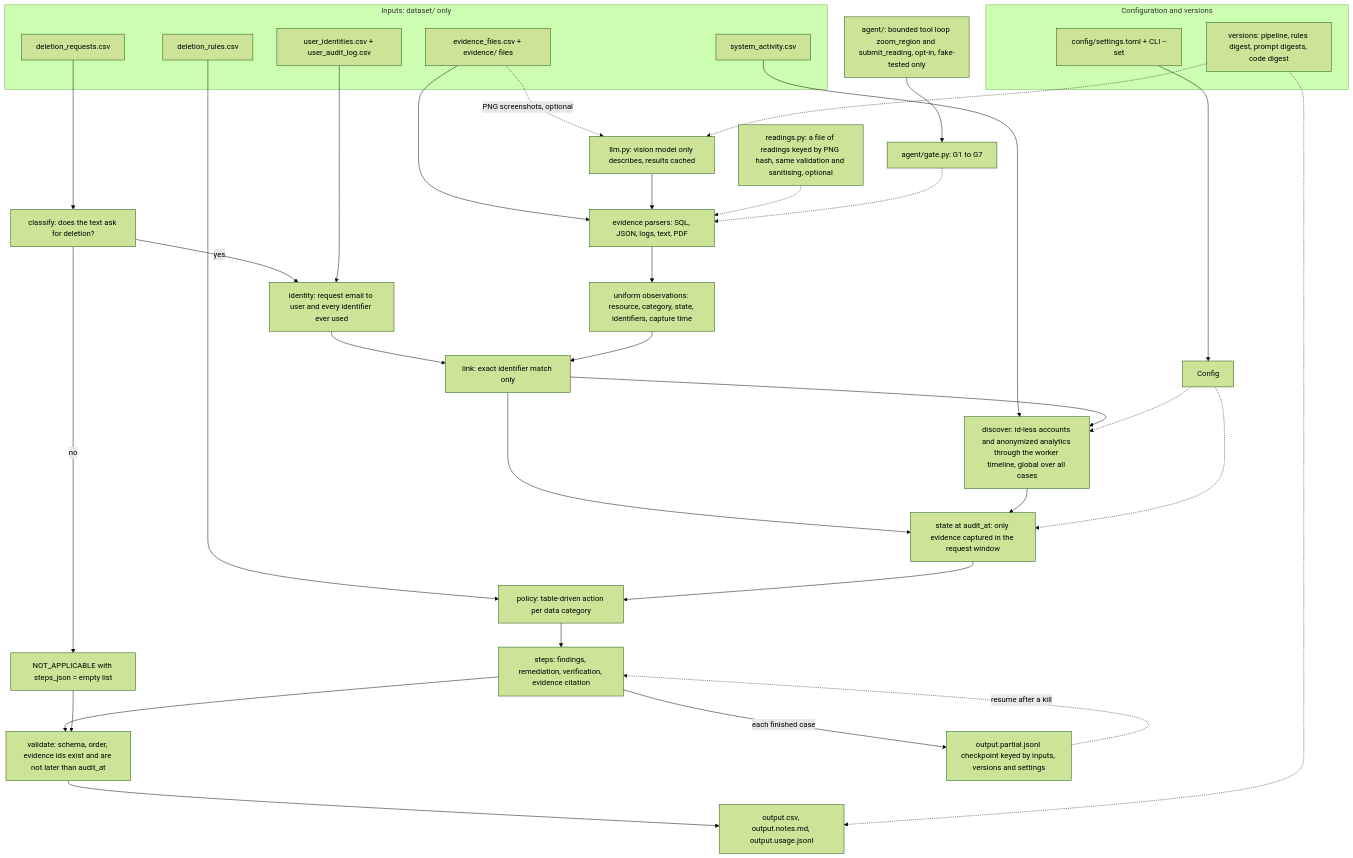
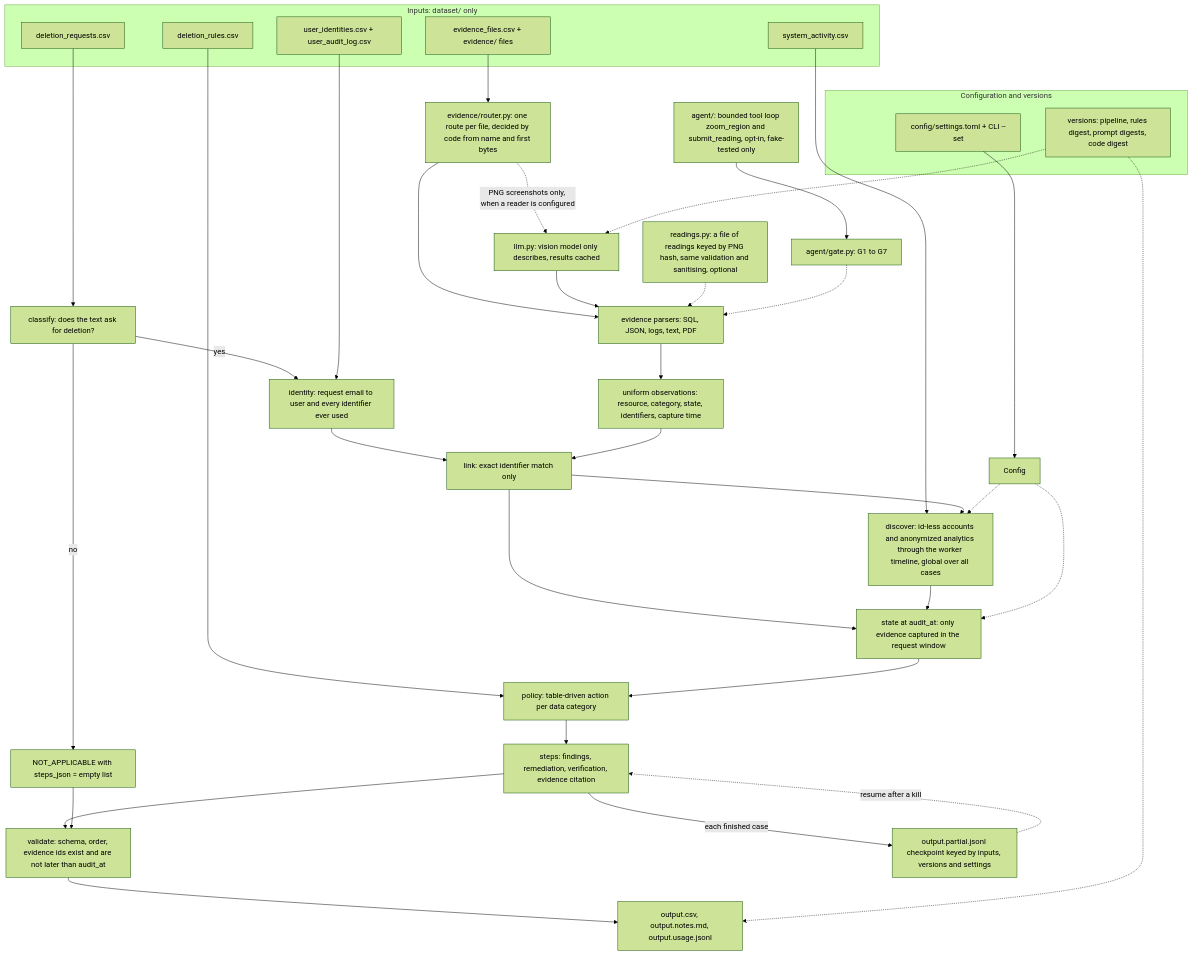
The diagram in ARCHITECTURE.md (mohamedrahul56/hackerrank-orchestrate-october26), drawn with Mermaid (forest theme) before and after one commit. The commit also changed other lines of this file and 9 other files, not shown here.

First line of the commit message:
Per-file evidence router: handler and reader decided by code, images only reach a reader when one is configured

````diff
--- a/ARCHITECTURE.md
+++ b/ARCHITECTURE.md
@@ -7,47 +7,48 @@
 ```mermaid
 flowchart TD
     subgraph IN["Inputs: dataset/ only"]
         REQ["deletion_requests.csv"]
         IDT["user_identities.csv + user_audit_log.csv"]
         RUL["deletion_rules.csv"]
         ACT["system_activity.csv"]
         EVF["evidence_files.csv + evidence/ files"]
     end
 
     subgraph SET["Configuration and versions"]
         TOML["config/settings.toml + CLI --set"]
         VER["versions: pipeline, rules digest, prompt digests, code digest"]
     end
 
     REQ --> CLS["classify: does the text ask for deletion?"]
     CLS -- "no" --> NA["NOT_APPLICABLE with steps_json = empty list"]
     CLS -- "yes" --> IDR["identity: request email to user and every identifier ever used"]
     IDT --> IDR
-    EVF --> PARSE["evidence parsers: SQL, JSON, logs, text, PDF"]
-    EVF -. "PNG screenshots, optional" .-> VLM["llm.py: vision model only describes, results cached"]
+    EVF --> ROUTE["evidence/router.py: one route per file, decided by code from name and first bytes"]
+    ROUTE --> PARSE["evidence parsers: SQL, JSON, logs, text, PDF"]
+    ROUTE -. "PNG screenshots only, when a reader is configured" .-> VLM["llm.py: vision model only describes, results cached"]
     VLM --> PARSE
     RDG["readings.py: a file of readings keyed by PNG hash, same validation and sanitising, optional"] -.-> PARSE
     AGT["agent/: bounded tool loop zoom_region and submit_reading, opt-in, fake-tested only"] --> GATE["agent/gate.py: G1 to G7"]
     GATE -.-> PARSE
     PARSE --> OBS["uniform observations: resource, category, state, identifiers, capture time"]
     IDR --> LINK["link: exact identifier match only"]
     OBS --> LINK
     ACT --> DISC["discover: id-less accounts and anonymized analytics through the worker timeline, global over all cases"]
     LINK --> DISC
     LINK --> STATE["state at audit_at: only evidence captured in the request window"]
     DISC --> STATE
     RUL --> POL["policy: table-driven action per data category"]
     STATE --> POL
     POL --> STEPS["steps: findings, remediation, verification, evidence citation"]
     STEPS --> VAL["validate: schema, order, evidence ids exist and are not later than audit_at"]
     NA --> VAL
     VAL --> OUT["output.csv, output.notes.md, output.usage.jsonl"]
 
     TOML --> CFG["Config"]
     CFG -.-> DISC
     CFG -.-> STATE
     VER -.-> OUT
     VER -.-> VLM
     STEPS -- "each finished case" --> CKPT["output.partial.jsonl checkpoint keyed by inputs, versions and settings"]
     CKPT -. "resume after a kill" .-> STEPS
 ```
````
